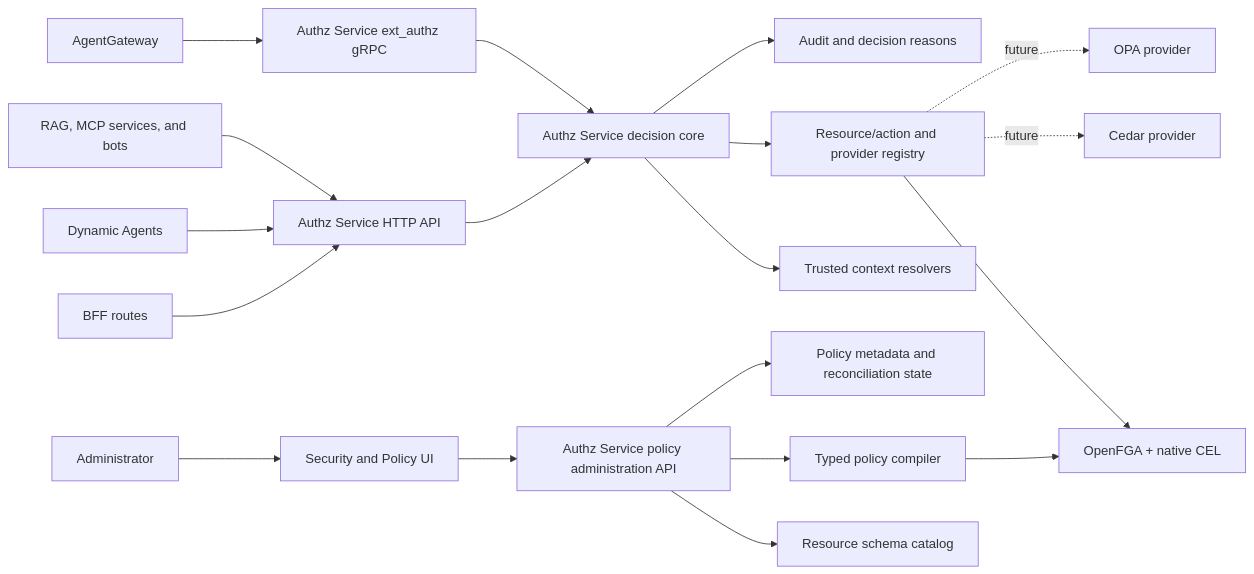
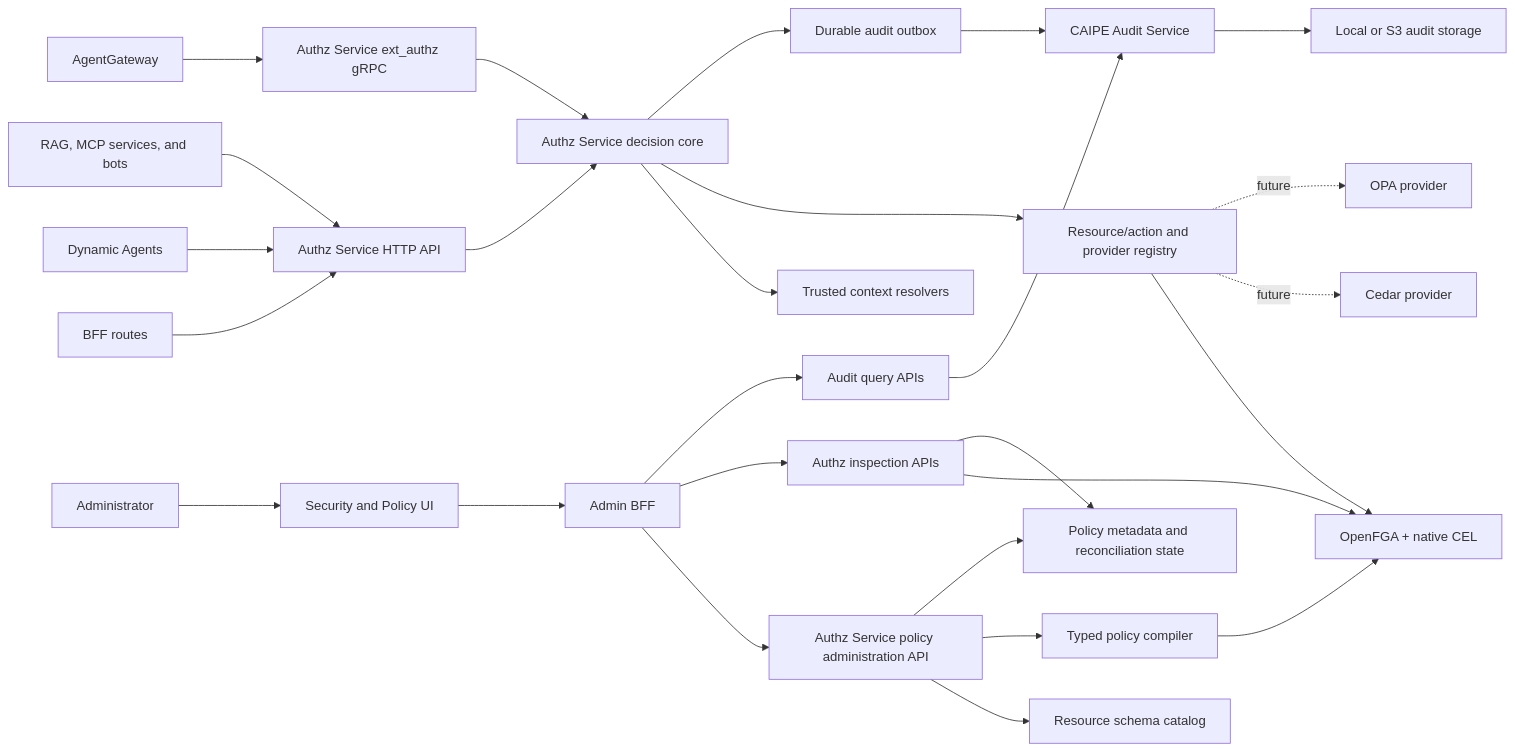
The first of 2 diagrams in docs/docs/specs/2026-08-17-openfga-tool-expression-policies/architecture.md (cnoe-io/ai-platform-engineering), drawn with Mermaid before and after one commit. The commit also changed other lines of this file and 3 other files, not shown here.

Commit message:
docs(authz): add audit and visualization architecture

````diff
--- a/docs/docs/specs/2026-08-17-openfga-tool-expression-policies/architecture.md
+++ b/docs/docs/specs/2026-08-17-openfga-tool-expression-policies/architecture.md
@@ -292,23 +292,31 @@
 ```mermaid
 flowchart LR
     BFF["BFF routes"] --> HTTP["Authz Service HTTP API"]
     DA["Dynamic Agents"] --> HTTP
     Services["RAG, MCP services, and bots"] --> HTTP
     AGW["AgentGateway"] --> GRPC["Authz Service ext_authz gRPC"]
 
     HTTP --> Core["Authz Service decision core"]
     GRPC --> Core
     Core --> Context["Trusted context resolvers"]
     Core --> Registry["Resource/action and provider registry"]
     Registry --> OFGA["OpenFGA + native CEL"]
     Registry -. "future" .-> Cedar["Cedar provider"]
     Registry -. "future" .-> OPA["OPA provider"]
-    Core --> Audit["Audit and decision reasons"]
+    Core --> Outbox["Durable audit outbox"]
+    Outbox --> Audit["CAIPE Audit Service"]
+    Audit --> Storage["Local or S3 audit storage"]
 
     Admin["Administrator"] --> UI["Security and Policy UI"]
-    UI --> Policy["Authz Service policy administration API"]
+    UI --> BFFAdmin["Admin BFF"]
+    BFFAdmin --> Policy["Authz Service policy administration API"]
+    BFFAdmin --> Inspect["Authz inspection APIs"]
+    BFFAdmin --> AuditQuery["Audit query APIs"]
+    Inspect --> OFGA
+    Inspect --> Metadata
+    AuditQuery --> Audit
     Policy --> Catalog["Resource schema catalog"]
     Policy --> Compiler["Typed policy compiler"]
     Compiler --> OFGA
     Policy --> Metadata["Policy metadata and reconciliation state"]
 ```
````
